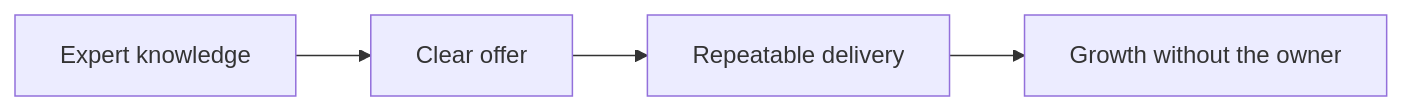
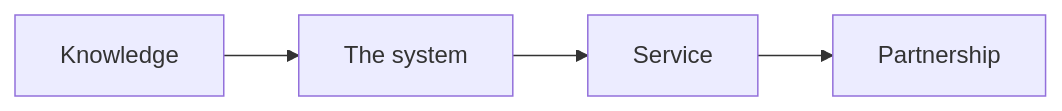
One commit to redrhino-online/red-canon changed the first of 27 diagrams in README.md. Above: the diagram before and after it, drawn with Mermaid. The commit also changed other lines of this file, not shown here.

````diff
--- a/README.md
+++ b/README.md
@@ -31,6 +14,5 @@
 ```mermaid
 flowchart LR
-    A[Expert knowledge] --> B[Clear offer]
-    B --> C[Repeatable delivery]
-    C --> D[Growth without the owner]
+    A[Knowledge] --> B[The system] --> C[Service]
+    C --> D[Partnership]
 ```
````
